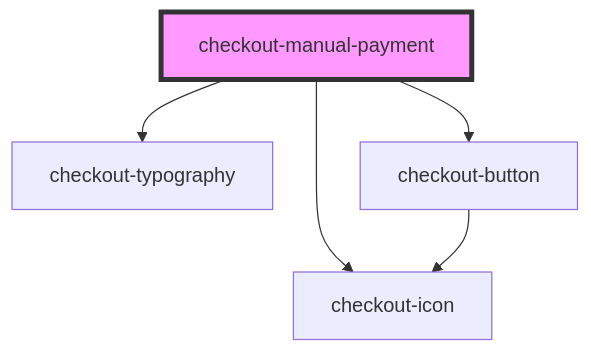
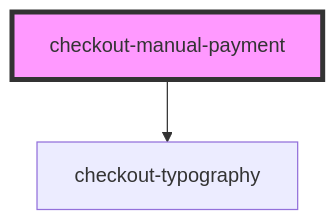
The diagram in packages/common/src/components/checkout-manual-payment/readme.md (plughacker/malga-checkout), drawn with Mermaid before and after one commit. The commit also changed other lines of this file and 21 other files, not shown here.

````diff
--- a/packages/common/src/components/checkout-manual-payment/readme.md
+++ b/packages/common/src/components/checkout-manual-payment/readme.md
@@ -33,8 +23,5 @@
 ```mermaid
 graph TD;
   checkout-manual-payment --> checkout-typography
-  checkout-manual-payment --> checkout-button
-  checkout-manual-payment --> checkout-icon
-  checkout-button --> checkout-icon
   style checkout-manual-payment fill:#f9f,stroke:#333,stroke-width:4px
 ```
````
